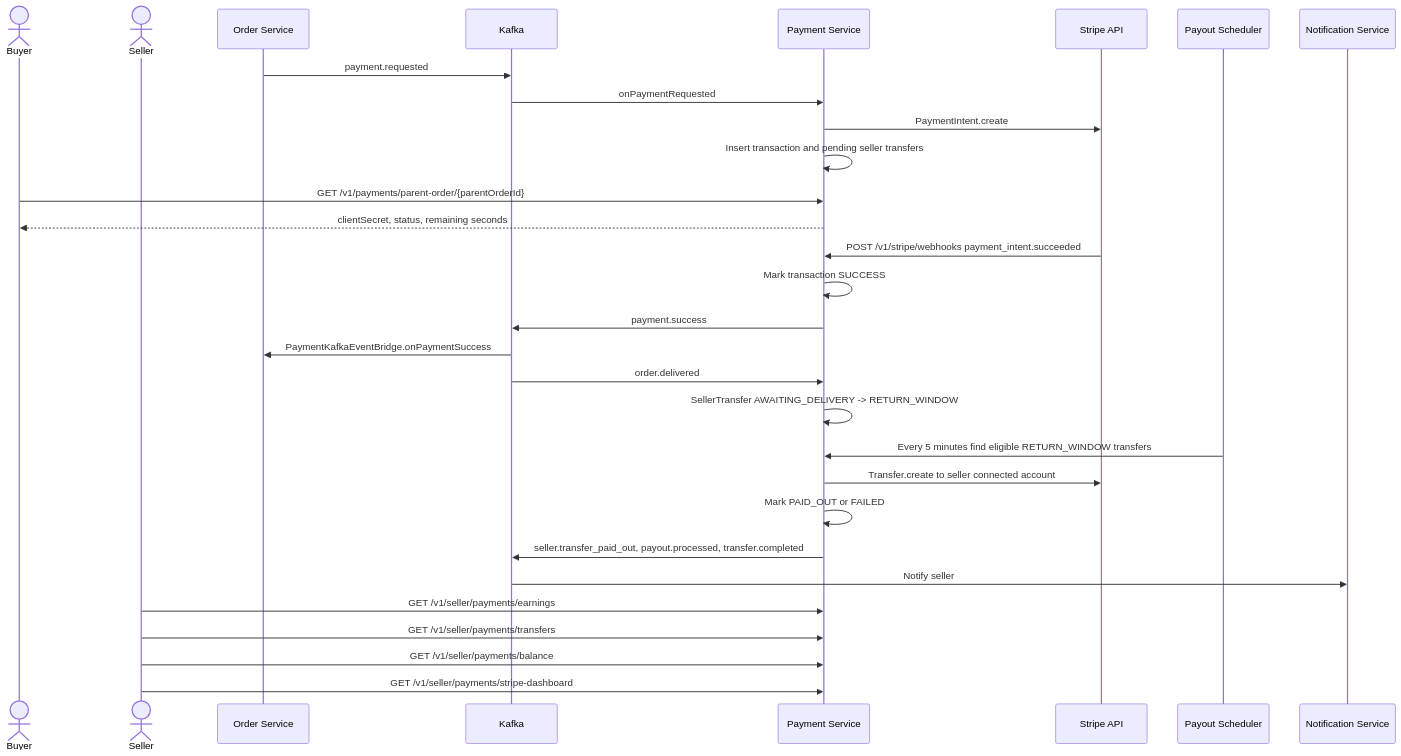
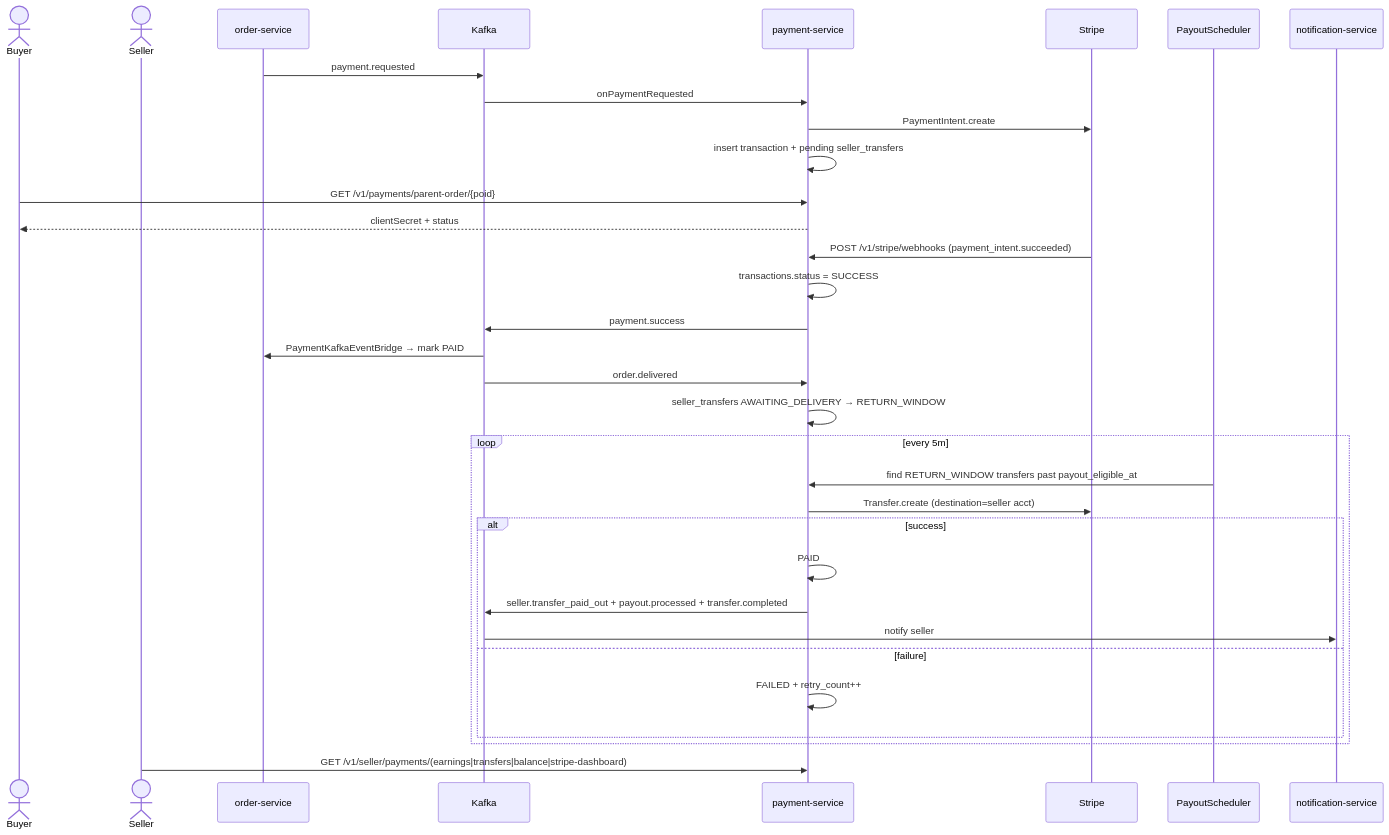
One commit to ldqanh1408/stealing-from-paradise changed the first of 2 diagrams in documents/flows/payment-service/flow-payment-stripe-payout.md. Above: the diagram before and after it, drawn with Mermaid. The commit also changed other lines of this file and 48 other files, not shown here.

````diff
--- a/documents/flows/payment-service/flow-payment-stripe-payout.md
+++ b/documents/flows/payment-service/flow-payment-stripe-payout.md
@@ -16,36 +44,40 @@
 ```mermaid
 sequenceDiagram
     actor Buyer
     actor Seller
-    participant Order as Order Service
-    participant Kafka as Kafka
-    participant Pay as Payment Service
-    participant Stripe as Stripe API
-    participant Scheduler as Payout Scheduler
-    participant Notif as Notification Service
+    participant OR as order-service
+    participant K as Kafka
+    participant PA as payment-service
+    participant STR as Stripe
+    participant SCH as PayoutScheduler
+    participant NT as notification-service
 
-    Order->>Kafka: payment.requested
-    Kafka->>Pay: onPaymentRequested
-    Pay->>Stripe: PaymentIntent.create
-    Pay->>Pay: Insert transaction and pending seller transfers
-    Buyer->>Pay: GET /v1/payments/parent-order/{parentOrderId}
-    Pay-->>Buyer: clientSecret, status, remaining seconds
+    OR->>K: payment.requested
+    K->>PA: onPaymentRequested
+    PA->>STR: PaymentIntent.create
+    PA->>PA: insert transaction + pending seller_transfers
+    Buyer->>PA: GET /v1/payments/parent-order/{poid}
+    PA-->>Buyer: clientSecret + status
 
-    Stripe->>Pay: POST /v1/stripe/webhooks payment_intent.succeeded
-    Pay->>Pay: Mark transaction SUCCESS
-    Pay->>Kafka: payment.success
-    Kafka->>Order: PaymentKafkaEventBridge.onPaymentSuccess
+    STR->>PA: POST /v1/stripe/webhooks (payment_intent.succeeded)
+    PA->>PA: transactions.status = SUCCESS
+    PA->>K: payment.success
+    K->>OR: PaymentKafkaEventBridge → mark PAID
 
-    Kafka->>Pay: order.delivered
-    Pay->>Pay: SellerTransfer AWAITING_DELIVERY -> RETURN_WINDOW
-    Scheduler->>Pay: Every 5 minutes find eligible RETURN_WINDOW transfers
-    Pay->>Stripe: Transfer.create to seller connected account
-    Pay->>Pay: Mark PAID_OUT or FAILED
-    Pay->>Kafka: seller.transfer_paid_out, payout.processed, transfer.completed
-    Kafka->>Notif: Notify seller
+    K->>PA: order.delivered
+    PA->>PA: seller_transfers AWAITING_DELIVERY → RETURN_WINDOW
 
-    Seller->>Pay: GET /v1/seller/payments/earnings
-    Seller->>Pay: GET /v1/seller/payments/transfers
-    Seller->>Pay: GET /v1/seller/payments/balance
-    Seller->>Pay: GET /v1/seller/payments/stripe-dashboard
+    loop every 5m
+        SCH->>PA: find RETURN_WINDOW transfers past payout_eligible_at
+        PA->>STR: Transfer.create (destination=seller acct)
+        alt success
+            PA->>PA: PAID
+            PA->>K: seller.transfer_paid_out + payout.processed + transfer.completed
+            K->>NT: notify seller
+        else failure
+            PA->>PA: FAILED + retry_count++
+        end
+    end
+
+    Seller->>PA: GET /v1/seller/payments/(earnings|transfers|balance|stripe-dashboard)
 ```
````
